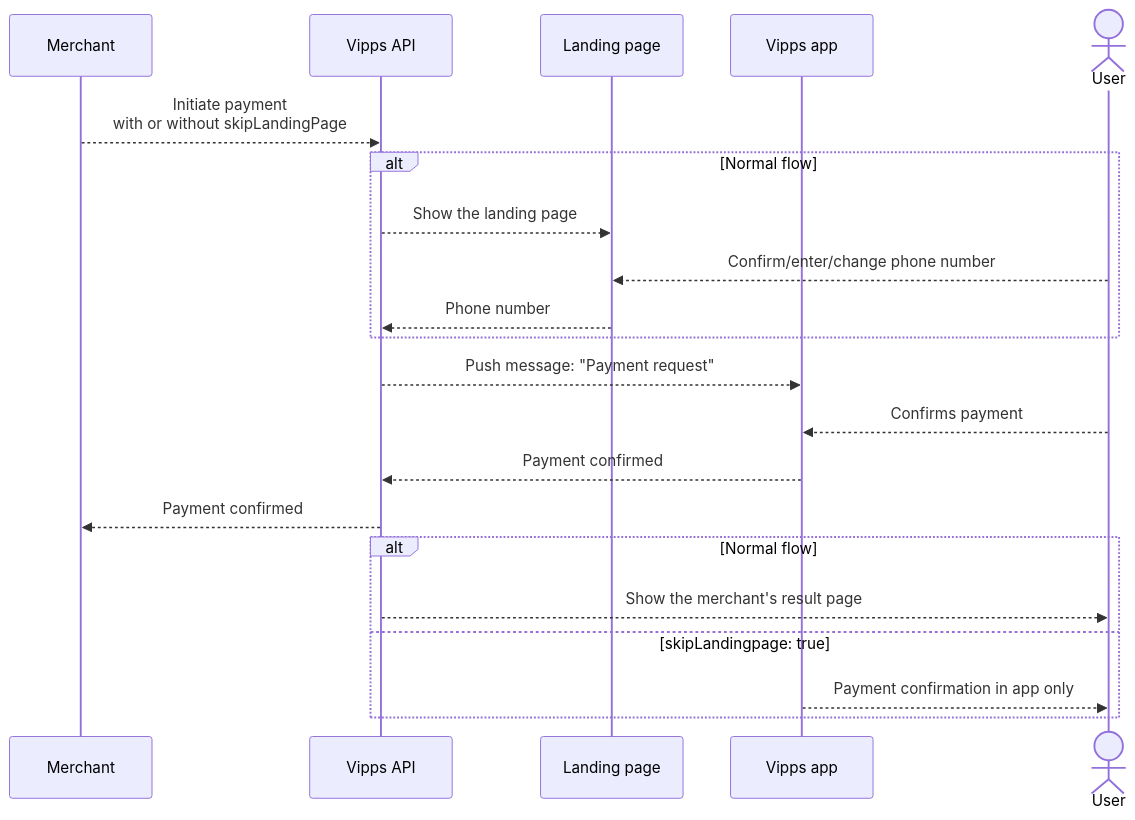
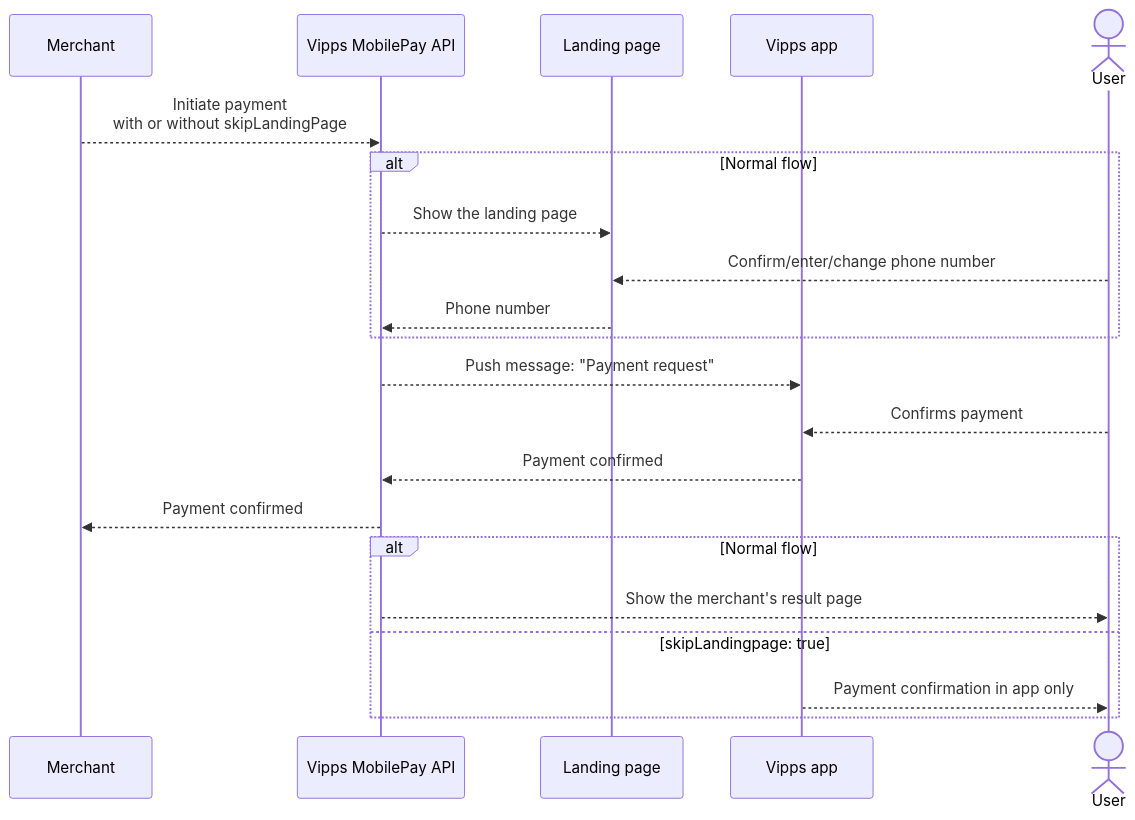
Before and after one commit to vippsas/vipps-developers: the diagram in common-topics/vipps-landing-page.md, drawn with Mermaid. The commit also changed other lines of this file, not shown here.

````diff
--- a/common-topics/vipps-landing-page.md
+++ b/common-topics/vipps-landing-page.md
@@ -133,23 +134,23 @@
 ```mermaid
 sequenceDiagram
     participant M as Merchant
-    participant API as Vipps API
+    participant API as Vipps MobilePay API
     participant LP as Landing page
     participant App as Vipps app
     actor U as User
     M-->>API: Initiate payment<br/>with or without skipLandingPage
     alt Normal flow
         API-->>LP: Show the landing page
         U-->>LP: Confirm/enter/change phone number
         LP-->>API: Phone number
     end
     API-->>App: Push message: "Payment request"
     U-->>App: Confirms payment
     App-->>API: Payment confirmed
     API-->>M: Payment confirmed
     alt Normal flow
         API-->>U: Show the merchant's result page
     else skipLandingpage: true
         App-->>U: Payment confirmation in app only
     end
 ```
````
